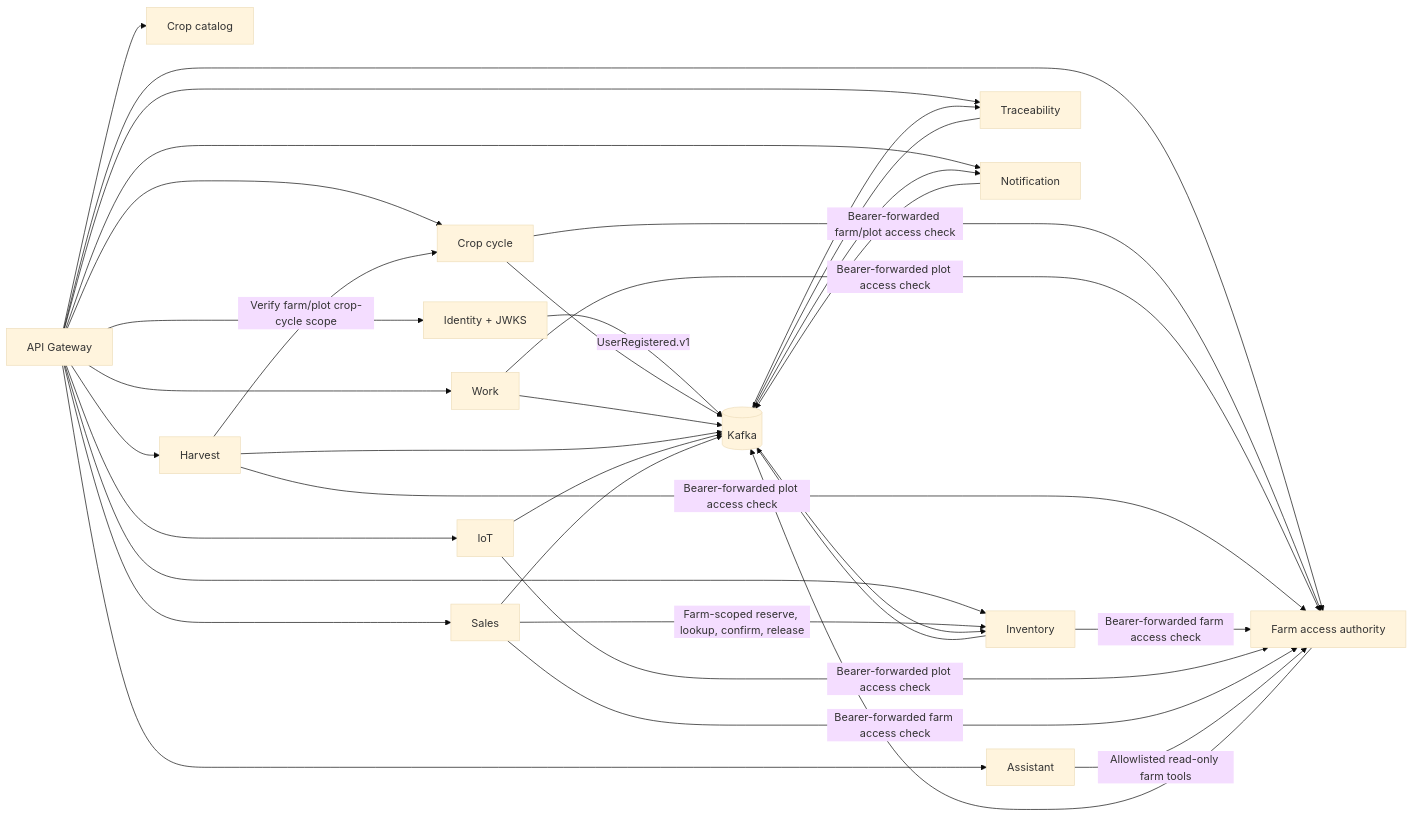
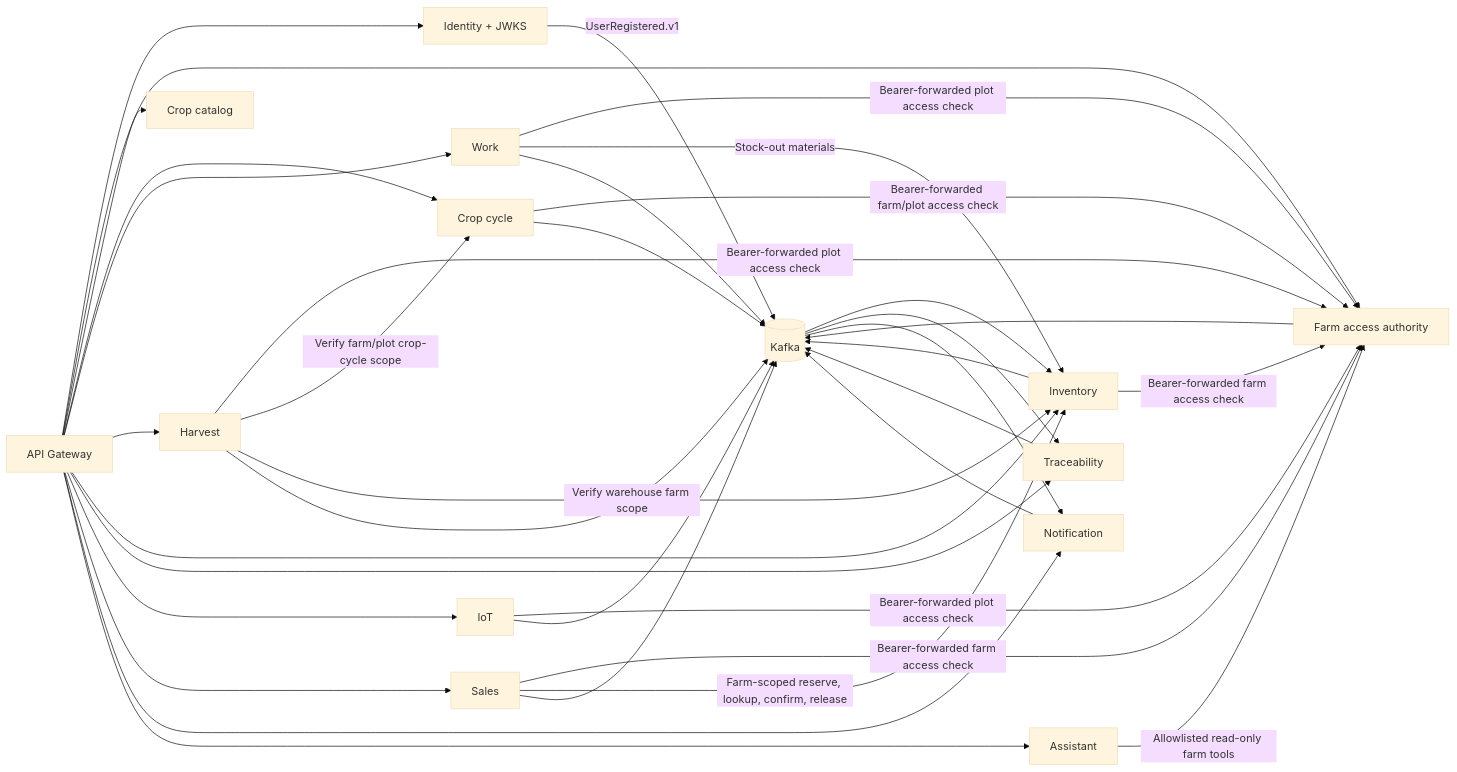
One commit to JasonTM17/AgriCore_SpringBoot_Microservices changed the diagram in docs/diagrams/service-dependencies.md. Above: the diagram before and after it, drawn with Mermaid (base theme). The commit also changed 21 other files, not shown here.

````diff
--- a/docs/diagrams/service-dependencies.md
+++ b/docs/diagrams/service-dependencies.md
@@ -3,55 +3,57 @@
 ```mermaid
 flowchart LR
     gateway["API Gateway"]
     identity["Identity + JWKS"]
     farm["Farm access authority"]
     catalog["Crop catalog"]
     cycle["Crop cycle"]
     work["Work"]
     harvest["Harvest"]
     inventory["Inventory"]
     traceability["Traceability"]
     iot["IoT"]
     sales["Sales"]
     notification["Notification"]
     assistant["Assistant"]
     kafka[("Kafka")]
 
     gateway --> identity
     gateway --> farm
     gateway --> catalog
     gateway --> cycle
     gateway --> work
     gateway --> harvest
     gateway --> inventory
     gateway --> traceability
     gateway --> iot
     gateway --> sales
     gateway --> notification
     gateway --> assistant
 
     cycle -->|"Bearer-forwarded farm/plot access check"| farm
     work -->|"Bearer-forwarded plot access check"| farm
     harvest -->|"Bearer-forwarded plot access check"| farm
     harvest -->|"Verify farm/plot crop-cycle scope"| cycle
+    harvest -->|"Verify warehouse farm scope"| inventory
     inventory -->|"Bearer-forwarded farm access check"| farm
+    work -->|"Stock-out materials"| inventory
     iot -->|"Bearer-forwarded plot access check"| farm
     sales -->|"Bearer-forwarded farm access check"| farm
     assistant -->|"Allowlisted read-only farm tools"| farm
     sales -->|"Farm-scoped reserve, lookup, confirm, release"| inventory
 
     identity -->|"UserRegistered.v1"| kafka
     farm --> kafka
     cycle --> kafka
     work --> kafka
     harvest --> kafka
     inventory --> kafka
     traceability --> kafka
     iot --> kafka
     sales --> kafka
     notification --> kafka
 
     kafka --> inventory
     kafka --> traceability
     kafka --> notification
 ```
````
